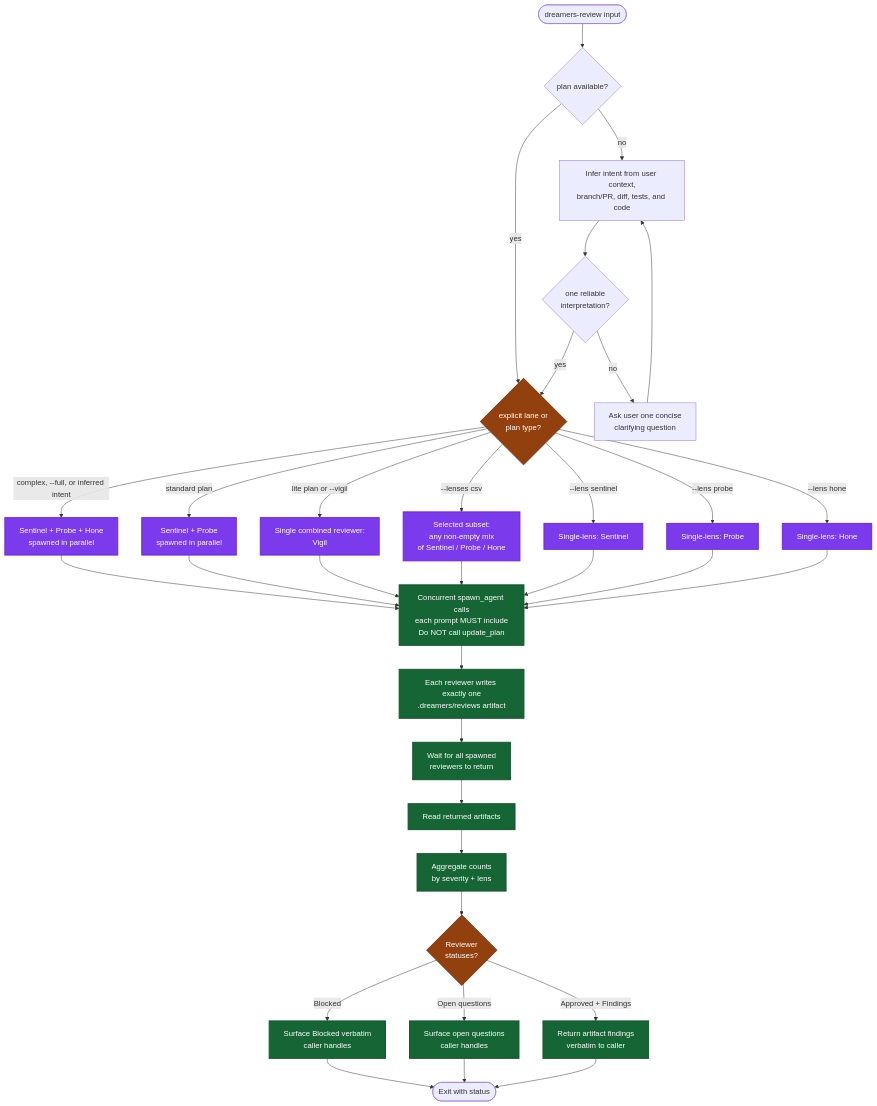
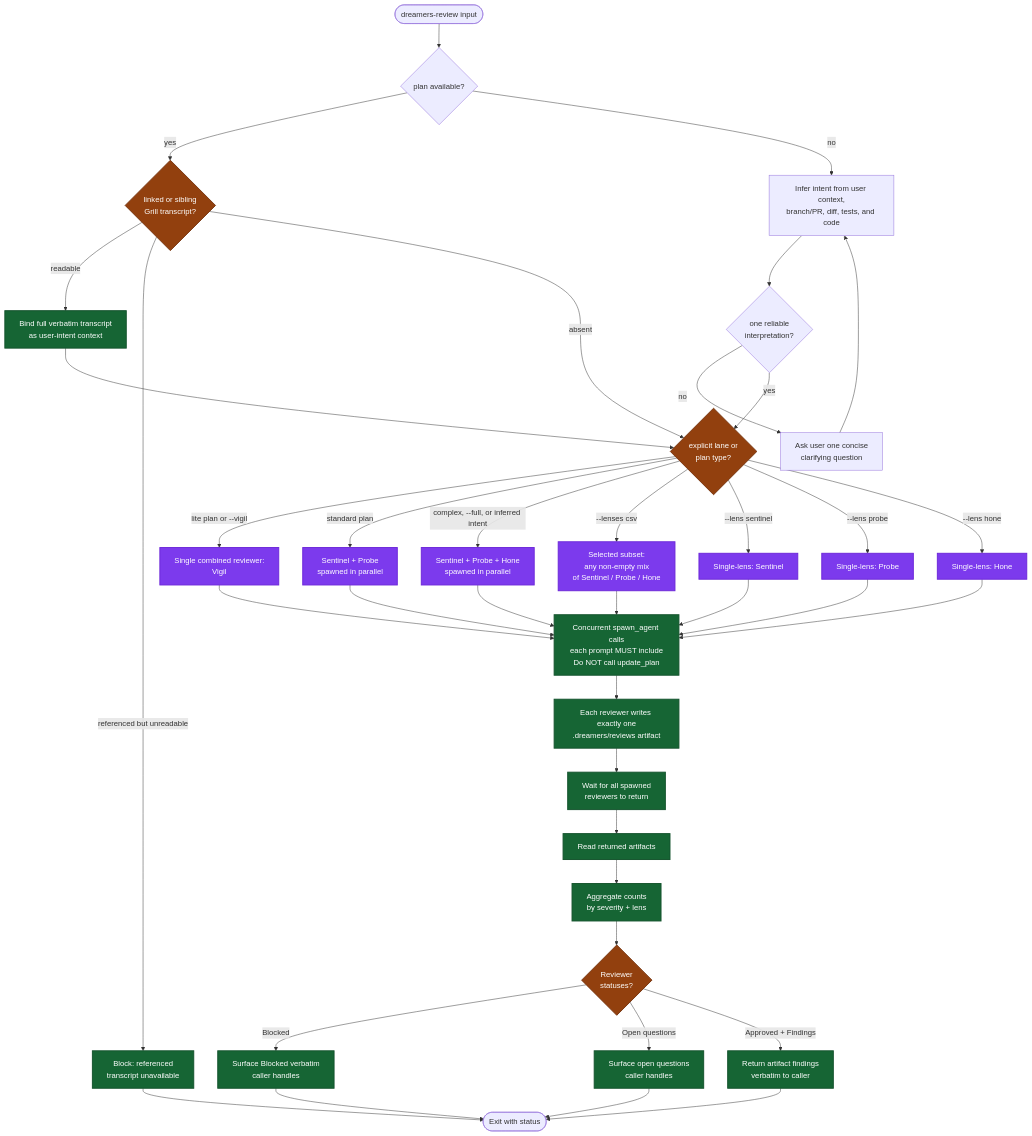
Before and after one commit to mrStorrs/dreamers-codex: the diagram in skills/dreamers-review/readme.md, drawn with Mermaid. The commit also changed other lines of this file and 13 other files, not shown here.

````diff
--- a/skills/dreamers-review/readme.md
+++ b/skills/dreamers-review/readme.md
@@ -5,48 +5,53 @@
 ```mermaid
 flowchart TD
     Start(["dreamers-review input"]) --> Basis{"plan available?"}
-    Basis -->|yes| ModeCheck{"explicit lane or<br/>plan type?"}
+    Basis -->|yes| Transcript{"linked or sibling<br/>Grill transcript?"}
+    Transcript -->|readable| BindTranscript["Bind full verbatim transcript<br/>as user-intent context"]
+    Transcript -->|referenced but unreadable| BlockTranscript["Block: referenced<br/>transcript unavailable"]
+    Transcript -->|absent| ModeCheck{"explicit lane or<br/>plan type?"}
+    BindTranscript --> ModeCheck
+    BlockTranscript --> End
     Basis -->|no| Infer["Infer intent from user context,<br/>branch/PR, diff, tests, and code"]
     Infer --> Clear{"one reliable<br/>interpretation?"}
     Clear -->|no| Ask["Ask user one concise<br/>clarifying question"]
     Ask --> Infer
     Clear -->|yes| ModeCheck
 
     ModeCheck -->|lite plan or --vigil| Vigil["Single combined reviewer:<br/>Vigil"]
     ModeCheck -->|standard plan| Standard["Sentinel + Probe<br/>spawned in parallel"]
     ModeCheck -->|complex, --full, or inferred intent| Triad["Sentinel + Probe + Hone<br/>spawned in parallel"]
     ModeCheck -->|--lenses csv| Selected["Selected subset:<br/>any non-empty mix<br/>of Sentinel / Probe / Hone"]
     ModeCheck -->|--lens sentinel| LensS["Single-lens: Sentinel"]
     ModeCheck -->|--lens probe| LensP["Single-lens: Probe"]
     ModeCheck -->|--lens hone| LensH["Single-lens: Hone"]
 
     Triad --> Spawn["Concurrent spawn_agent calls<br/>each prompt MUST include<br/>Do NOT call update_plan"]
     Standard --> Spawn
     Vigil --> Spawn
     Selected --> Spawn
     LensS --> Spawn
     LensP --> Spawn
     LensH --> Spawn
 
     Spawn --> WriteArtifact["Each reviewer writes exactly one<br/>.dreamers/reviews artifact"]
     WriteArtifact --> Wait["Wait for all spawned<br/>reviewers to return"]
     Wait --> Collect["Read returned artifacts"]
     Collect --> Aggregate["Aggregate counts<br/>by severity + lens"]
     Aggregate --> CheckStatus{"Reviewer<br/>statuses?"}
 
     CheckStatus -->|Blocked| Surface1["Surface Blocked verbatim<br/>caller handles"]
     CheckStatus -->|Open questions| Surface2["Surface open questions<br/>caller handles"]
     CheckStatus -->|Approved + Findings| Report["Return artifact findings<br/>verbatim to caller"]
 
     Surface1 --> End(["Exit with status"])
     Surface2 --> End
     Report --> End
 
     classDef gate fill:#92400e,stroke:#78350f,stroke-width:2px,color:#fff
     classDef phase fill:#166534,stroke:#14532d,stroke-width:2px,color:#fff
     classDef agent fill:#7c3aed,stroke:#6d28d9,stroke-width:2px,color:#fff
 
-    class ModeCheck,CheckStatus gate
+    class Transcript,ModeCheck,CheckStatus gate
     class Triad,Standard,Vigil,Selected,LensS,LensP,LensH agent
-    class Spawn,WriteArtifact,Wait,Collect,Aggregate,Surface1,Surface2,Report phase
+    class BindTranscript,BlockTranscript,Spawn,WriteArtifact,Wait,Collect,Aggregate,Surface1,Surface2,Report phase
 ```
````
